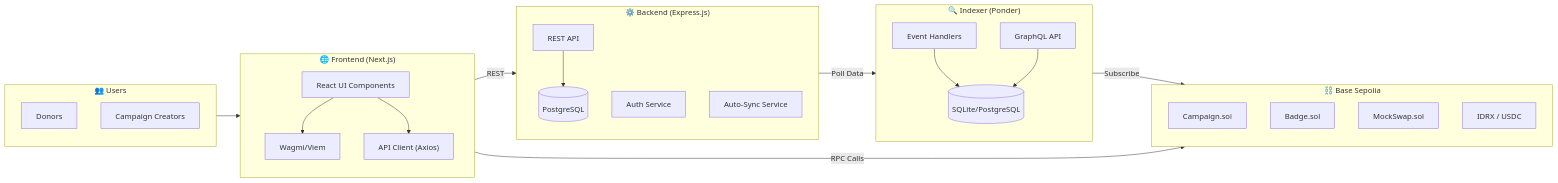
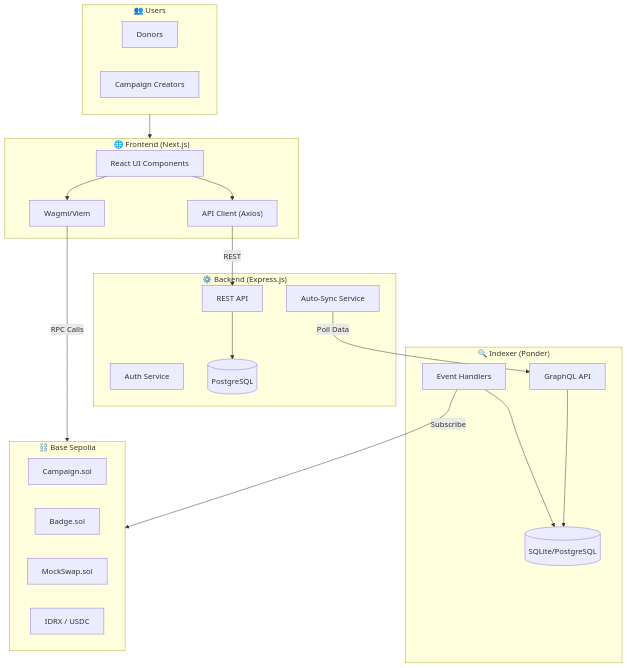
Before and after one commit to CrowdFUNding-Base/SC: the first of 8 diagrams in pitching/Architecture/2. System Architecture.md, drawn with Mermaid. The commit also changed other lines of this file and 1 other file, not shown here.

````diff
--- a/pitching/Architecture/2. System Architecture.md
+++ b/pitching/Architecture/2. System Architecture.md
@@ -9,49 +9,44 @@
 ```mermaid
-flowchart LR
+flowchart TB
     subgraph Users["👥 Users"]
-        direction TB
         Donors["Donors"]
         Creators["Campaign Creators"]
     end
 
     subgraph Frontend["🌐 Frontend (Next.js)"]
-        direction TB
         UI["React UI Components"]
         Wagmi["Wagmi/Viem"]
         API_Client["API Client (Axios)"]
     end
 
     subgraph Backend["⚙️ Backend (Express.js)"]
-        direction TB
         REST["REST API"]
         Auth["Auth Service"]
         Sync["Auto-Sync Service"]
         DB[(PostgreSQL)]
     end
 
     subgraph Indexer["🔍 Indexer (Ponder)"]
-        direction TB
         EventHandler["Event Handlers"]
         GraphQL["GraphQL API"]
         IndexerDB[(SQLite/PostgreSQL)]
     end
 
     subgraph Blockchain["⛓️ Base Sepolia"]
-        direction TB
         Campaign["Campaign.sol"]
         Badge["Badge.sol"]
         MockSwap["MockSwap.sol"]
         Tokens["IDRX / USDC"]
     end
 
     Users --> Frontend
     UI --> Wagmi
     UI --> API_Client
     Wagmi --> |"RPC Calls"| Blockchain
     API_Client --> |"REST"| REST
     REST --> DB
     Sync --> |"Poll Data"| GraphQL
     EventHandler --> |"Subscribe"| Blockchain
     EventHandler --> IndexerDB
     GraphQL --> IndexerDB
 ```
````
